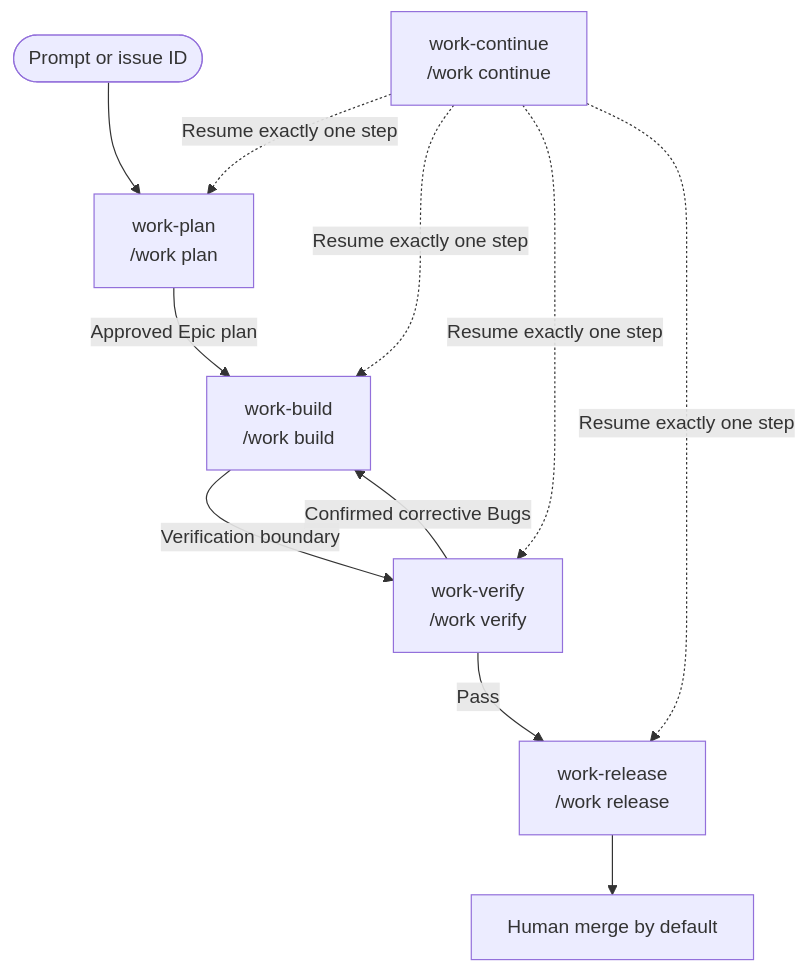
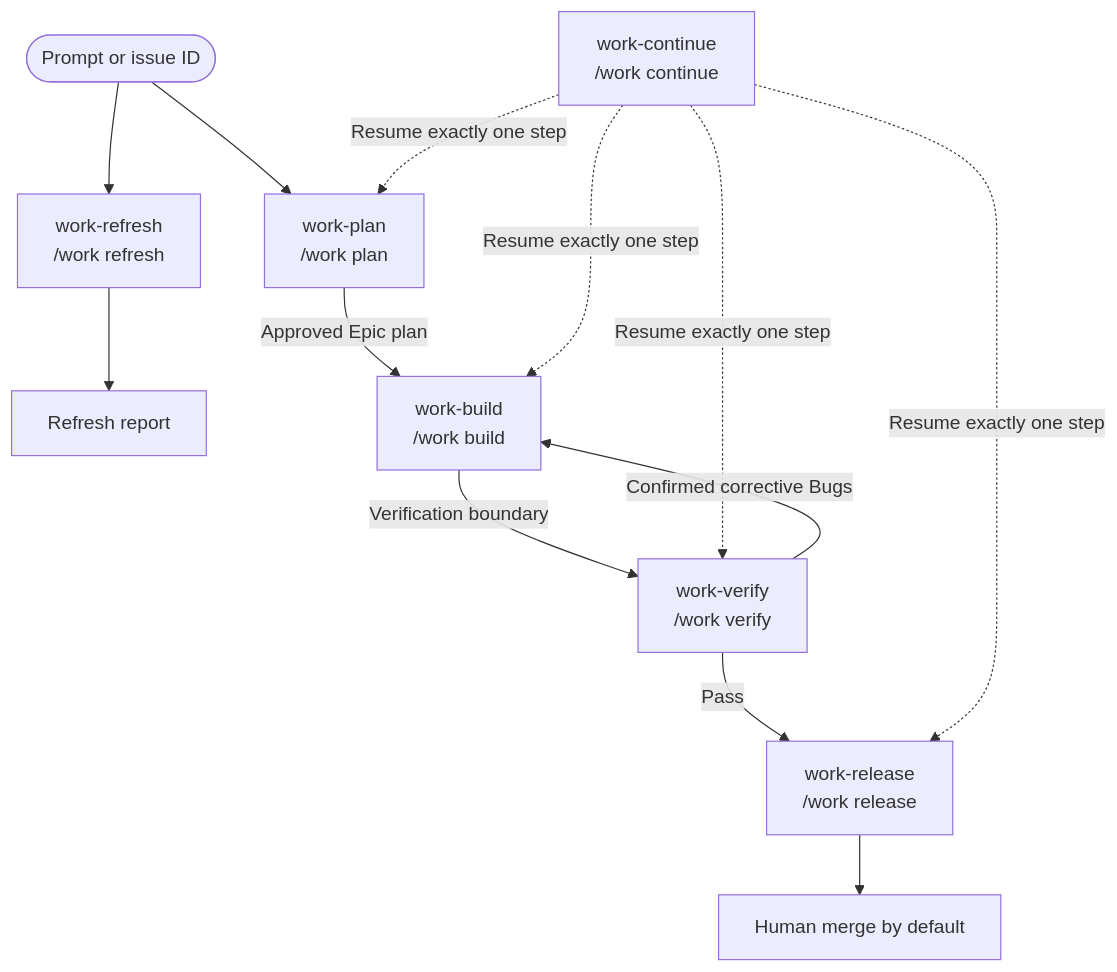
The second of 2 diagrams in README.md (dragoscirjan/harnessctl-v2), drawn with Mermaid before and after one commit. The commit also changed other lines of this file and 52 other files, not shown here.

Commit message:
feat: add bounded work-refresh reconciliation

````diff
--- a/README.md
+++ b/README.md
@@ -80,15 +81,17 @@
 ```mermaid
 flowchart TD
-    accTitle: Epic-first SDLC flow
-    accDescr: Plan confirms one Epic and its executable plan, Build implements bounded work, Verify either returns confirmed defects to Build or advances to Release, and Continue resumes one exact step in one current phase.
+    accTitle: Epic-first SDLC flow and standalone refresh
+    accDescr: Plan confirms one Epic and its executable plan, Build through Release deliver it, Continue resumes one phase step, and standalone Refresh reconciles repository context without an Epic.
     request([Prompt or issue ID]) --> plan["work-plan<br/>/work plan"]
+    request --> refresh["work-refresh<br/>/work refresh"]
+    refresh --> report[Refresh report]
     plan -->|Approved Epic plan| build["work-build<br/>/work build"]
     build -->|Verification boundary| verify["work-verify<br/>/work verify"]
     verify -->|Confirmed corrective Bugs| build
     verify -->|Pass| release["work-release<br/>/work release"]
     release --> human[Human merge by default]
     continueWork["work-continue<br/>/work continue"] -. "Resume exactly one step" .-> plan
     continueWork -. "Resume exactly one step" .-> build
     continueWork -. "Resume exactly one step" .-> verify
     continueWork -. "Resume exactly one step" .-> release
 ```
````
